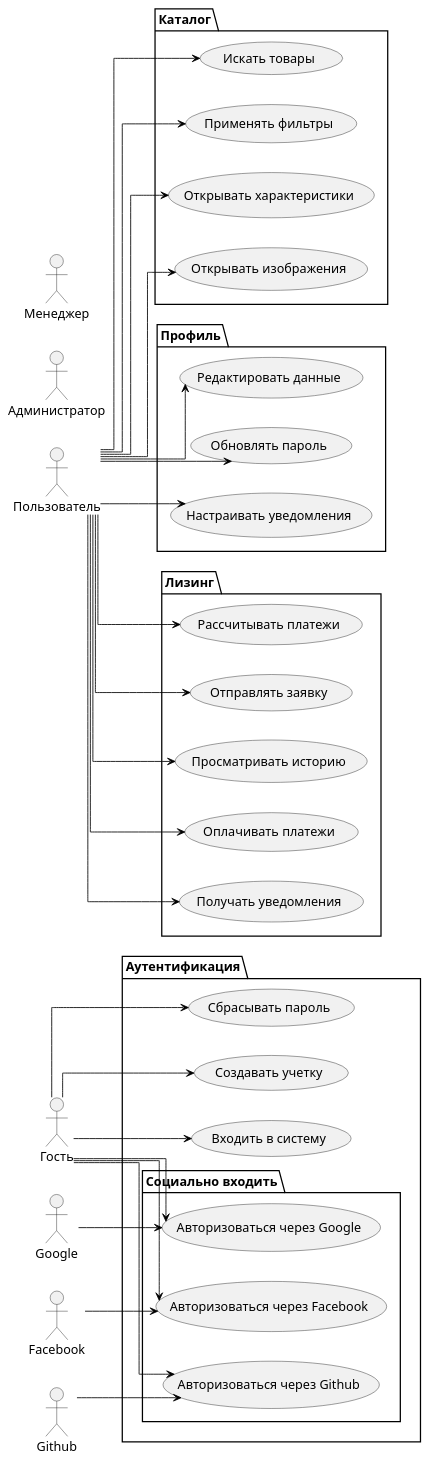
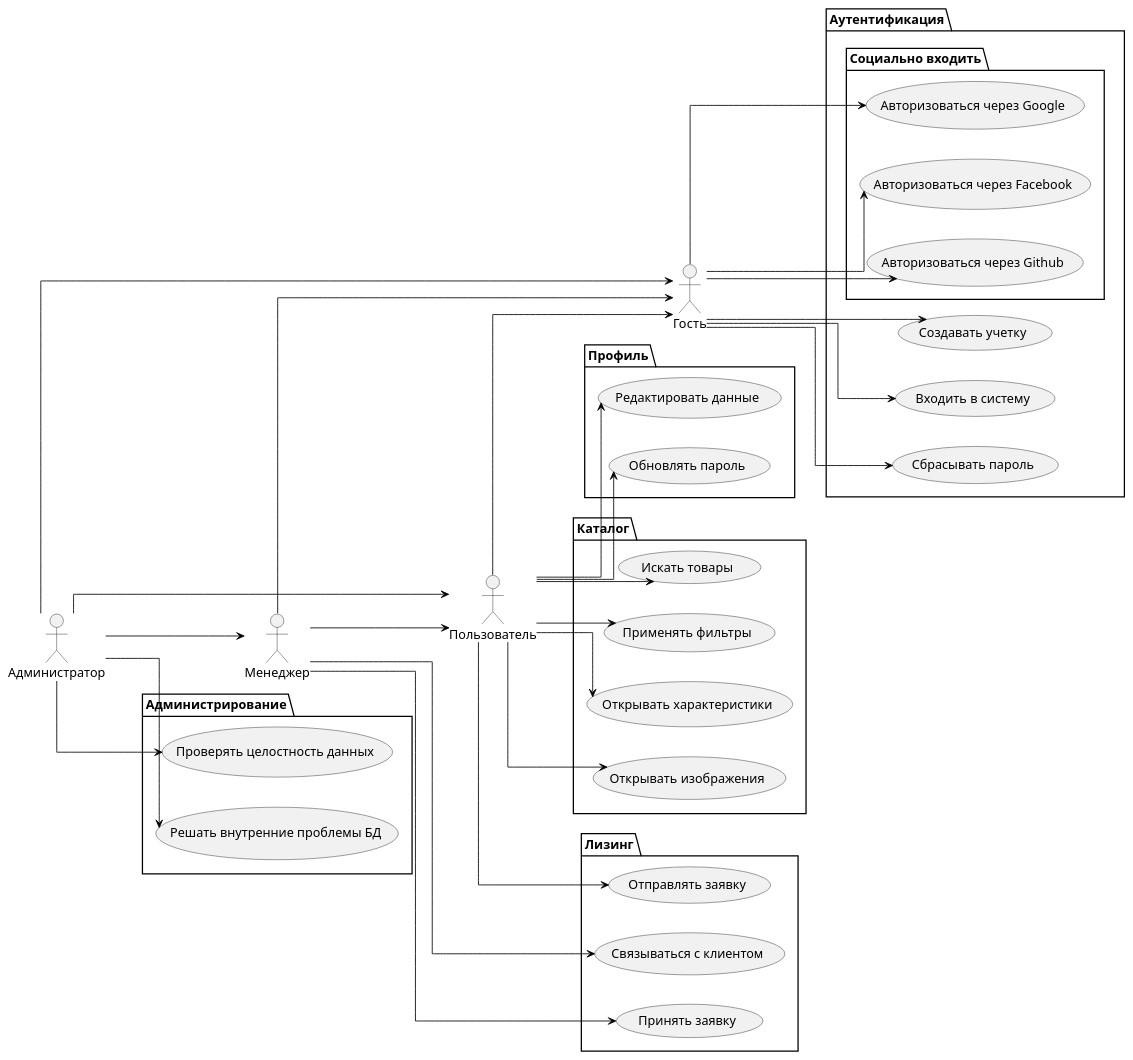
The diagram in helper/use_case_diagram.puml (martim-x/Tools-Technologies4Analysis-DevelopmentOfInformationSystems), drawn with PlantUML before and after one commit. The commit also changed 4 other files, not shown here.

```diff
--- a/helper/use_case_diagram.puml
+++ b/helper/use_case_diagram.puml
@@ -1,79 +1,80 @@
 @startuml
 skinparam monochrome true
 skinparam shadowing false
 skinparam roundcorner 0
 skinparam defaultFontName "Segoe UI"
 skinparam defaultFontSize 15
 skinparam linetype ortho
 skinparam arrowColor black
 skinparam arrowThickness 1
 
 left to right direction
 
 actor "Гость" as Guest
 actor "Пользователь" as User
+actor "Менеджер" as Manager
 actor "Администратор" as Admin
-actor "Менеджер" as Manager
-
-actor "Google" as Google
-actor "Facebook" as Facebook
-actor "Github" as Github
 
 package "Аутентификация" {
     usecase "Создавать учетку" as UC1
     usecase "Входить в систему" as UC2
     usecase "Сбрасывать пароль" as UC3
 
     package "Социально входить" {
         usecase "Авторизоваться через Google" as UC4
         usecase "Авторизоваться через Facebook" as UC5
         usecase "Авторизоваться через Github" as UC6
     }
 }
 
 package "Каталог" {
     usecase "Искать товары" as UC8
     usecase "Применять фильтры" as UC9
     usecase "Открывать характеристики" as UC10
     usecase "Открывать изображения" as UC11
 }
 
 package "Профиль" {
     usecase "Редактировать данные" as UC13
     usecase "Обновлять пароль" as UC14
-    usecase "Настраивать уведомления" as UC15
 }
 
 package "Лизинг" {
     usecase "Отправлять заявку" as UC20
-    usecase "Просматривать историю" as UC21
-    usecase "Оплачивать платежи" as UC22
-    usecase "Получать уведомления" as UC23
-    usecase "Рассчитывать платежи" as UC12
+    usecase "Принять заявку" as UC21
+    usecase "Связываться с клиентом" as UC22
+}
+
+package "Администрирование" {
+    usecase "Проверять целостность данных" as UC30
+    usecase "Решать внутренние проблемы БД" as UC31
 }
 
 Guest --> UC1
 Guest --> UC2
 Guest --> UC3
 Guest --> UC4
 Guest --> UC5
 Guest --> UC6
 
 User --> UC8
 User --> UC9
 User --> UC10
 User --> UC11
-User --> UC12
 User --> UC13
 User --> UC14
-User --> UC15
 User --> UC20
-User --> UC21
-User --> UC22
-User --> UC23
+User --> Guest
 
-Google --> UC4
-Facebook --> UC5
-Github --> UC6
+Manager --> UC21
+Manager --> Guest
+Manager --> UC22
+Manager --> User
+
+Admin --> UC30
+Admin --> UC31
+Admin --> Guest
+Admin --> Manager
+Admin --> User
 
 @enduml
```
